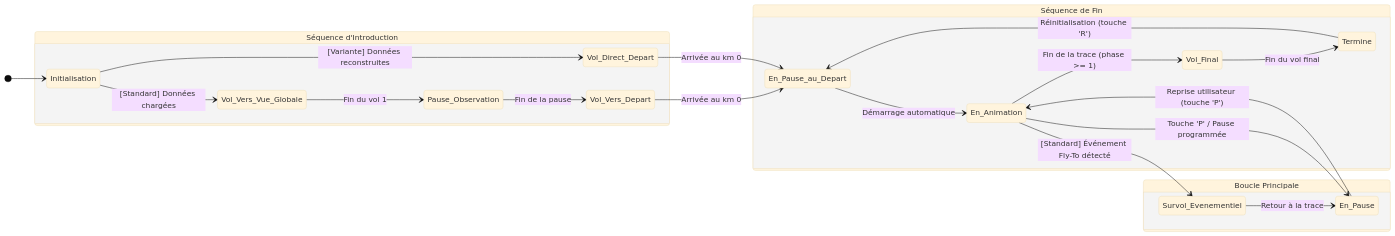
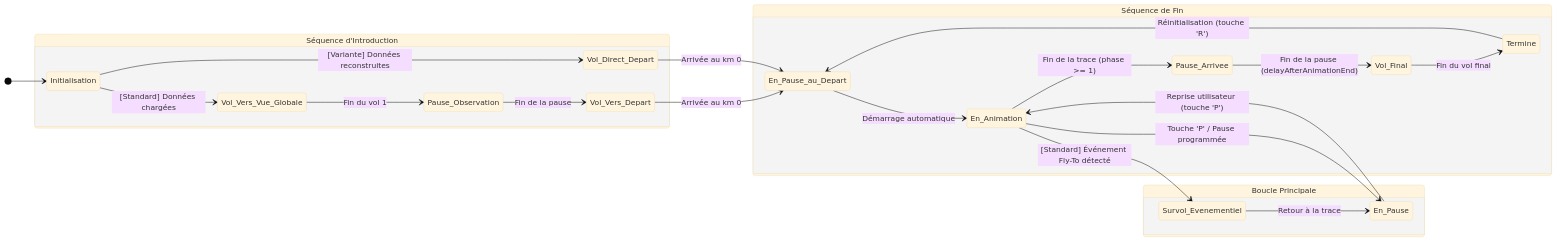
One commit to JMBaubet/VisuGPS changed the diagram in documentation/animation_automate.md. Above: the diagram before and after it, drawn with Mermaid (base theme). The commit also changed other lines of this file and 2 other files, not shown here.

Commit message:
feat(animation): ajout de la pause à l'arrivée
- Prise en compte du paramètre delayAfterAnimationEnd dans VisualizeView et VisualizeVariantView.
- Ajout d'une attente asynchrone au début de handleEndSequence.
- Mise à jour de la documentation et du diagramme d'états dans animation_automate.md.

````diff
--- a/documentation/animation_automate.md
+++ b/documentation/animation_automate.md
@@ -7,31 +7,32 @@
 ```mermaid
 stateDiagram-v2
     direction LR
     [*] --> Initialisation
 
     state "Séquence d'Introduction" as Intro {
         direction TB
         Initialisation --> Vol_Vers_Vue_Globale: [Standard] Données chargées
         Vol_Vers_Vue_Globale --> Pause_Observation: Fin du vol 1
         Pause_Observation --> Vol_Vers_Depart: Fin de la pause
         Vol_Vers_Depart --> En_Pause_au_Depart: Arrivée au km 0
 
         Initialisation --> Vol_Direct_Depart: [Variante] Données reconstruites
         Vol_Direct_Depart --> En_Pause_au_Depart: Arrivée au km 0
     }
 
     state "Boucle Principale" as MainLoop {
         direction TB
         En_Pause_au_Depart --> En_Animation: Démarrage automatique
         En_Animation --> En_Pause: Touche 'P' / Pause programmée
         En_Pause --> En_Animation: Reprise utilisateur (touche 'P')
         En_Animation --> Survol_Evenementiel: [Standard] Événement Fly-To détecté
         Survol_Evenementiel --> En_Pause: Retour à la trace
     }
 
     state "Séquence de Fin" as EndSequence {
-        En_Animation --> Vol_Final: Fin de la trace (phase >= 1)
+        En_Animation --> Pause_Arrivee: Fin de la trace (phase >= 1)
+        Pause_Arrivee --> Vol_Final: Fin de la pause (delayAfterAnimationEnd)
         Vol_Final --> Termine: Fin du vol final
         Termine --> En_Pause_au_Depart: Réinitialisation (touche 'R')
     }
 ```
````
